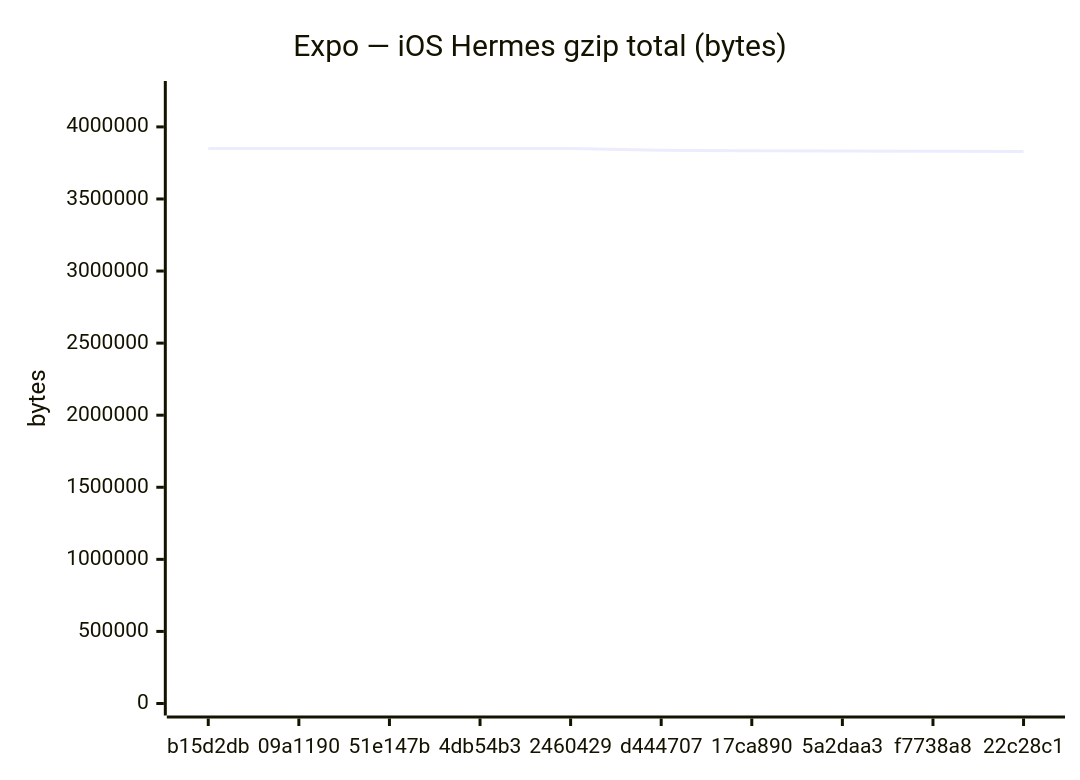
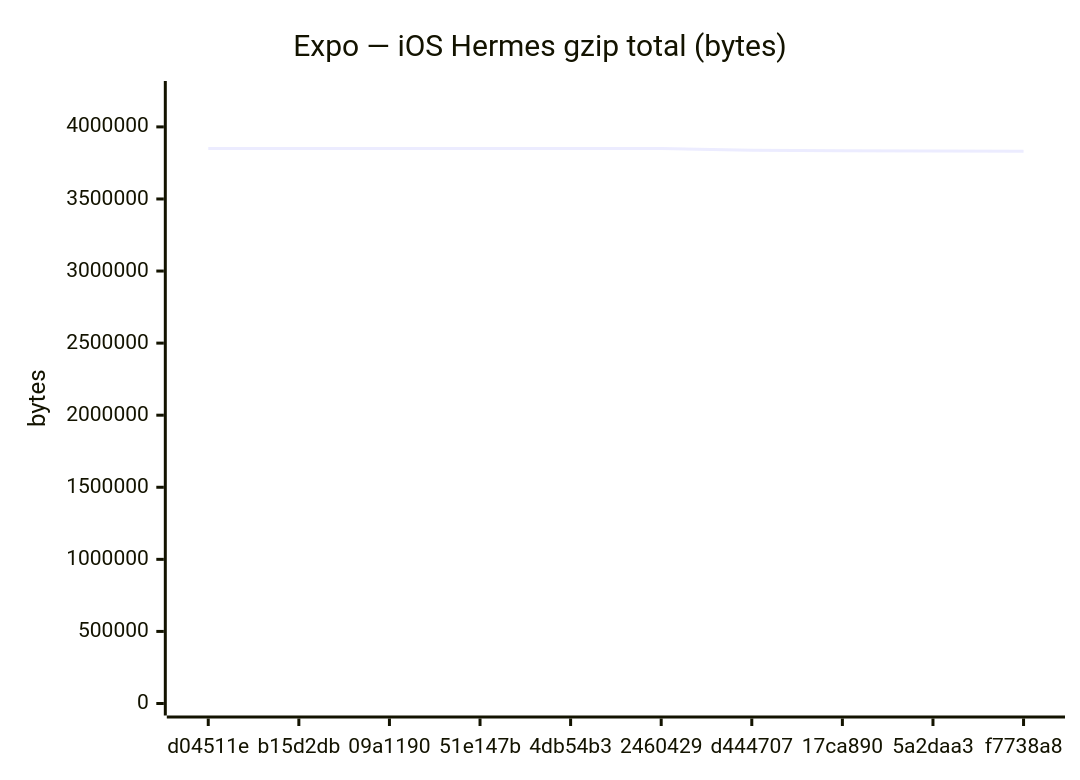
One commit to Metaheurist/Rianell changed the sixth of 18 diagrams in benchmarks/compare.md. Above: the diagram before and after it, drawn with Mermaid. The commit also changed other lines of this file and 11 other files, not shown here.

````diff
--- a/benchmarks/compare.md
+++ b/benchmarks/compare.md
@@ -96,7 +96,7 @@
 ```mermaid
 xychart-beta
     title "Expo — iOS Hermes gzip total (bytes)"
-    x-axis ["b15d2db", "09a1190", "51e147b", "4db54b3", "2460429", "d444707", "17ca890", "5a2daa3", "f7738a8", "22c28c1"]
+    x-axis ["d04511e", "b15d2db", "09a1190", "51e147b", "4db54b3", "2460429", "d444707", "17ca890", "5a2daa3", "f7738a8"]
     y-axis "bytes" 0 --> 4235116
-    line [3849366, 3850104, 3850105, 3850105, 3850104, 3837764, 3833771, 3832292, 3830296, 3828818]
+    line [3849367, 3849366, 3850104, 3850105, 3850105, 3850104, 3837764, 3833771, 3832292, 3830296]
 ```
````
